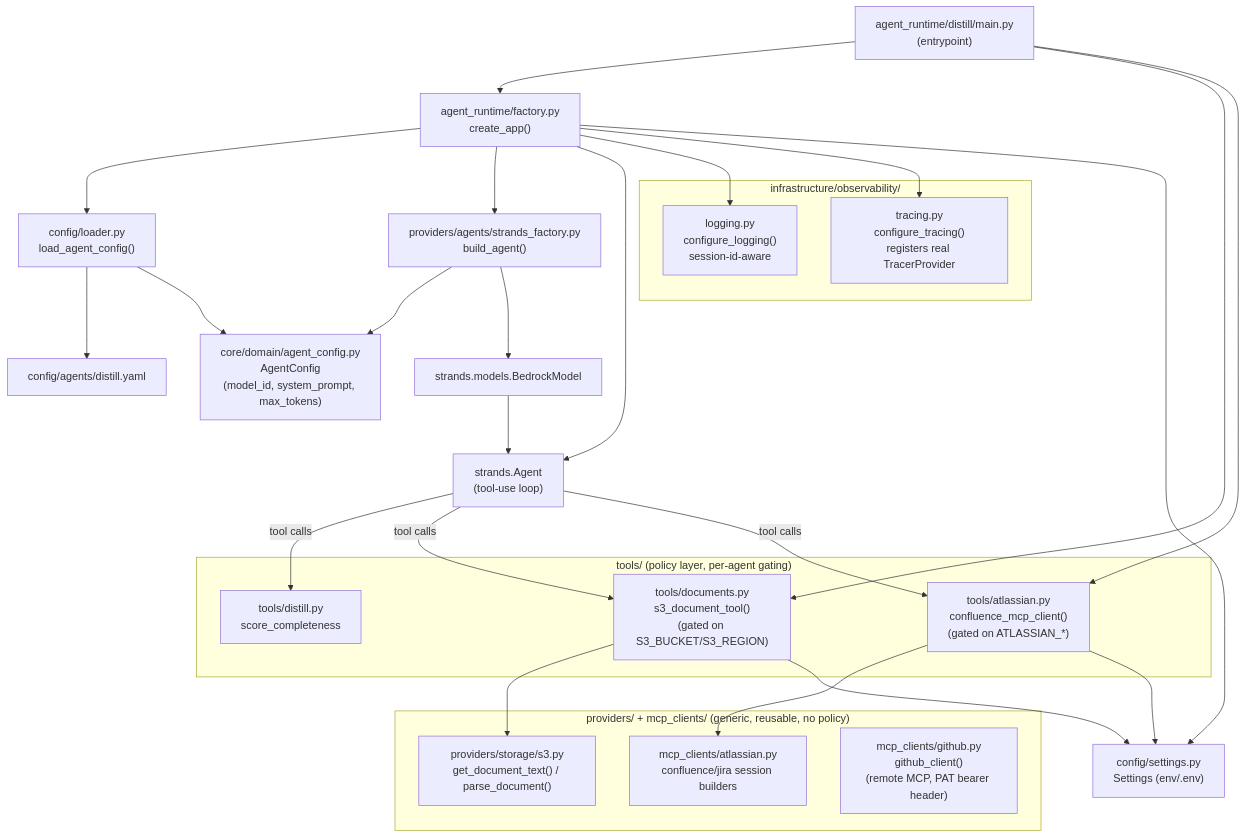
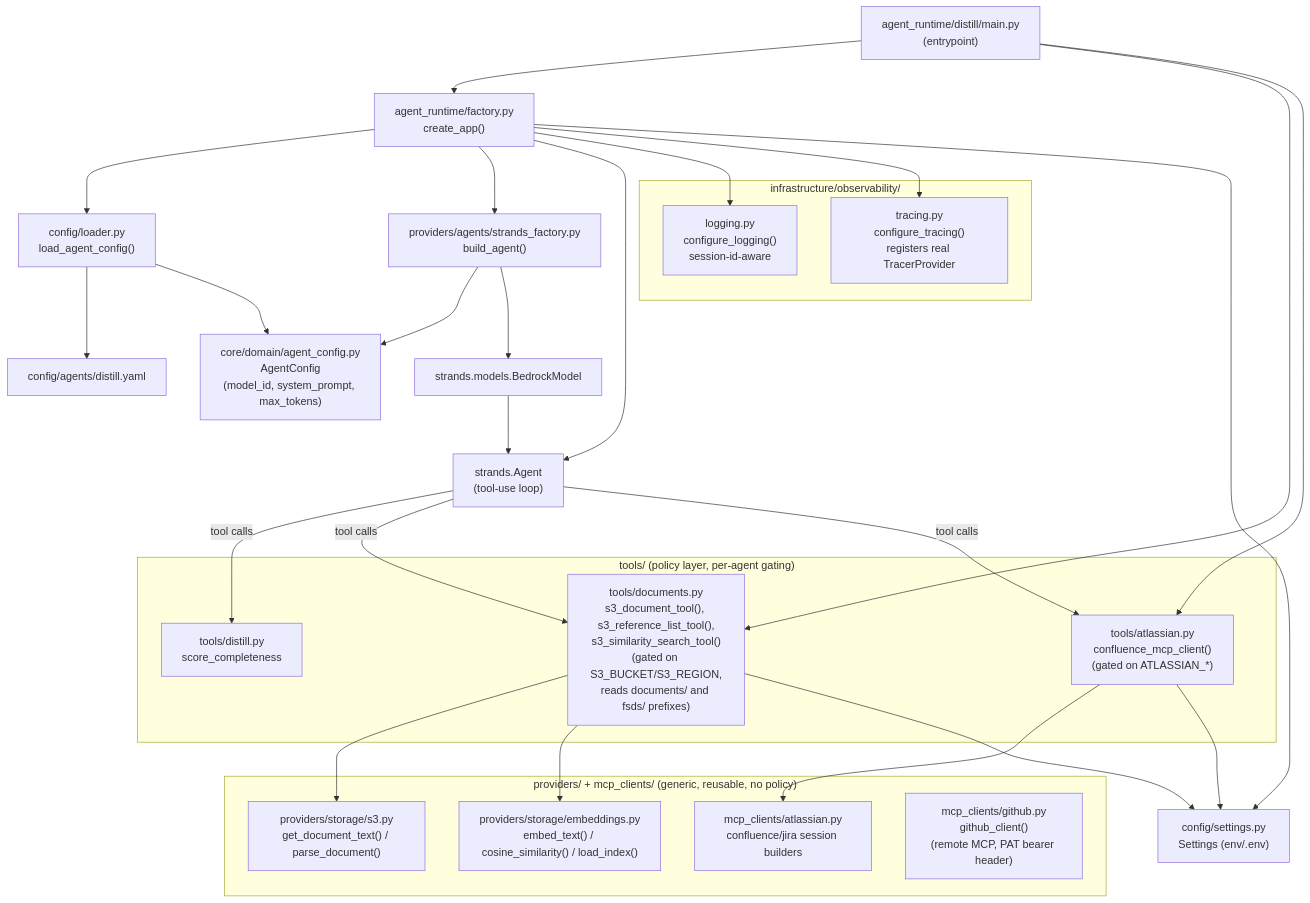
One commit to eitanflor/ua-hyperdelivery changed the third of 3 diagrams in docs/architecture.md. Above: the diagram before and after it, drawn with Mermaid. The commit also changed other lines of this file and 44 other files, not shown here.

````diff
--- a/docs/architecture.md
+++ b/docs/architecture.md
@@ -129,51 +136,53 @@
 ```mermaid
 flowchart TD
     main["agent_runtime/distill/main.py\n(entrypoint)"]
     factory["agent_runtime/factory.py\ncreate_app()"]
     loader["config/loader.py\nload_agent_config()"]
     yaml["config/agents/distill.yaml"]
     agentconfig["core/domain/agent_config.py\nAgentConfig\n(model_id, system_prompt, max_tokens)"]
     strandsfactory["providers/agents/strands_factory.py\nbuild_agent()"]
     bedrockmodel["strands.models.BedrockModel"]
     agent["strands.Agent\n(tool-use loop)"]
     settings["config/settings.py\nSettings (env/.env)"]
 
     subgraph tools["tools/ (policy layer, per-agent gating)"]
         scorecheck["tools/distill.py\nscore_completeness"]
-        docs["tools/documents.py\ns3_document_tool()\n(gated on S3_BUCKET/S3_REGION)"]
+        docs["tools/documents.py\ns3_document_tool(), s3_reference_list_tool(),\ns3_similarity_search_tool()\n(gated on S3_BUCKET/S3_REGION,\nreads documents/ and fsds/ prefixes)"]
         atl["tools/atlassian.py\nconfluence_mcp_client()\n(gated on ATLASSIAN_*)"]
     end
 
     subgraph providers["providers/ + mcp_clients/ (generic, reusable, no policy)"]
         s3provider["providers/storage/s3.py\nget_document_text() / parse_document()"]
+        embeddingsprovider["providers/storage/embeddings.py\nembed_text() / cosine_similarity() / load_index()"]
         mcpclient["mcp_clients/atlassian.py\nconfluence/jira session builders"]
         githubclient["mcp_clients/github.py\ngithub_client()\n(remote MCP, PAT bearer header)"]
     end
 
     subgraph obs["infrastructure/observability/"]
         logging["logging.py\nconfigure_logging()\nsession-id-aware"]
         tracing["tracing.py\nconfigure_tracing()\nregisters real TracerProvider"]
     end
 
     main --> factory
     factory --> loader --> yaml
     loader --> agentconfig
     factory --> strandsfactory
     strandsfactory --> agentconfig
     strandsfactory --> bedrockmodel --> agent
     factory --> agent
     factory --> logging
     factory --> tracing
 
     main --> docs
     main --> atl
     docs --> s3provider
+    docs --> embeddingsprovider
     atl --> mcpclient
     docs --> settings
     atl --> settings
     factory --> settings
 
     agent -->|"tool calls"| scorecheck
     agent -->|"tool calls"| docs
     agent -->|"tool calls"| atl
 ```
````
